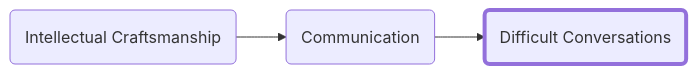
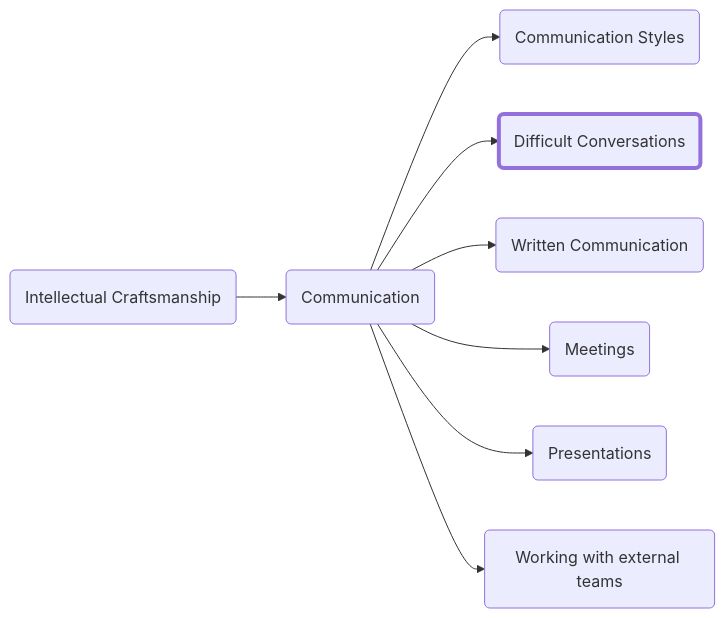
One commit to forrestpitz/forrestpitz.github.io changed the diagram in _posts/2023-01-05-difficultconversations.md. Above: the diagram before and after it, drawn with Mermaid. The commit also changed other lines of this file and 20 other files, not shown here.

````diff
--- a/_posts/2023-01-05-difficultconversations.md
+++ b/_posts/2023-01-05-difficultconversations.md
@@ -12,9 +14,20 @@
 ```mermaid
 graph LR;
-  A(Intellectual Craftsmanship)-->B(Communication)-->C(Difficult Conversations)
+  A(Intellectual Craftsmanship)-->B(Communication)
+  B(Communication)-->C(Communication Styles)
+  B-->D(Difficult Conversations)
+  B-->E(Written Communication)
+  B-->F(Meetings)
+  B-->G(Presentations)
+  B-->H(Working with external teams)
 
-  style C stroke-width:4px
+  style D stroke-width:4px
 
   click A "{% post_url 2023-01-05-intro %}"
   click B "{% post_url 2023-01-05-communication %}"
+  click C "{% post_url 2023-01-05-communicationstyles %}"
+  click E "{% post_url 2023-01-05-writtencommunication %}"
+  click F "{% post_url 2023-01-05-meetings %}"
+  click G "{% post_url 2023-01-05-presentations %}"
+  click H "{% post_url 2023-01-05-externalteams %}"
 ```
````
